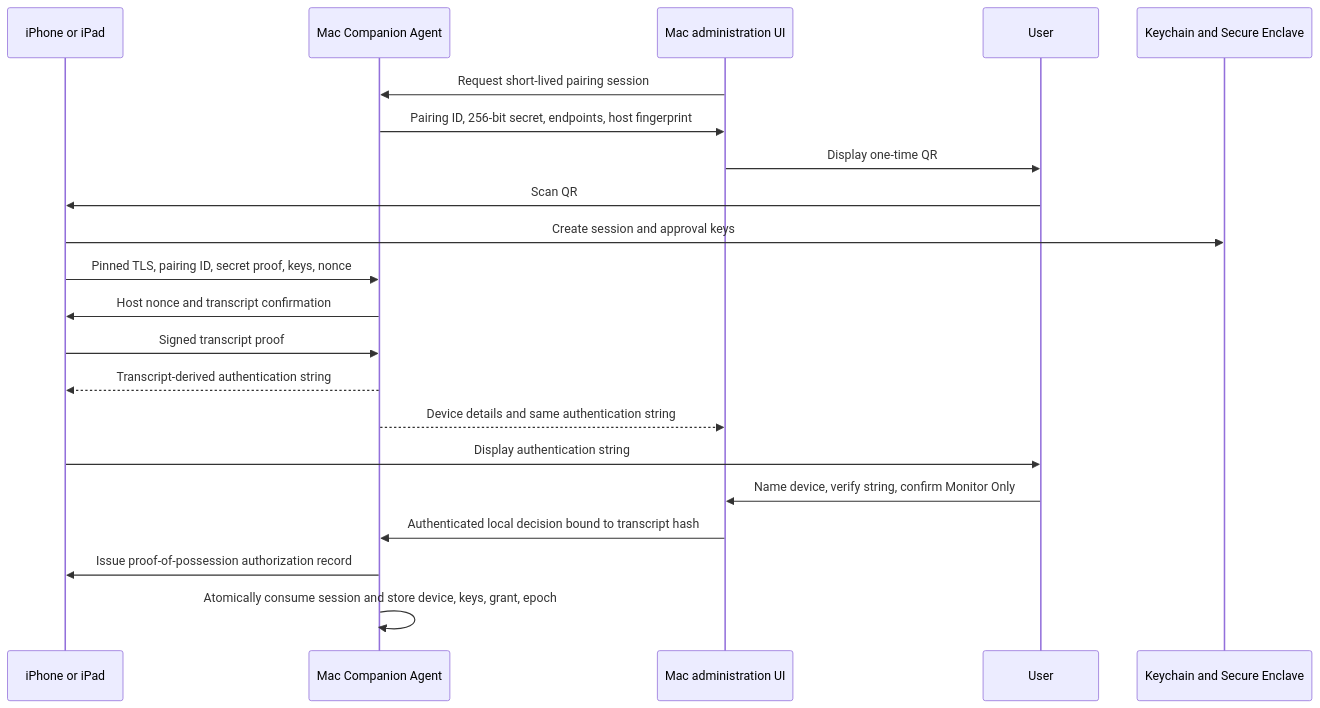
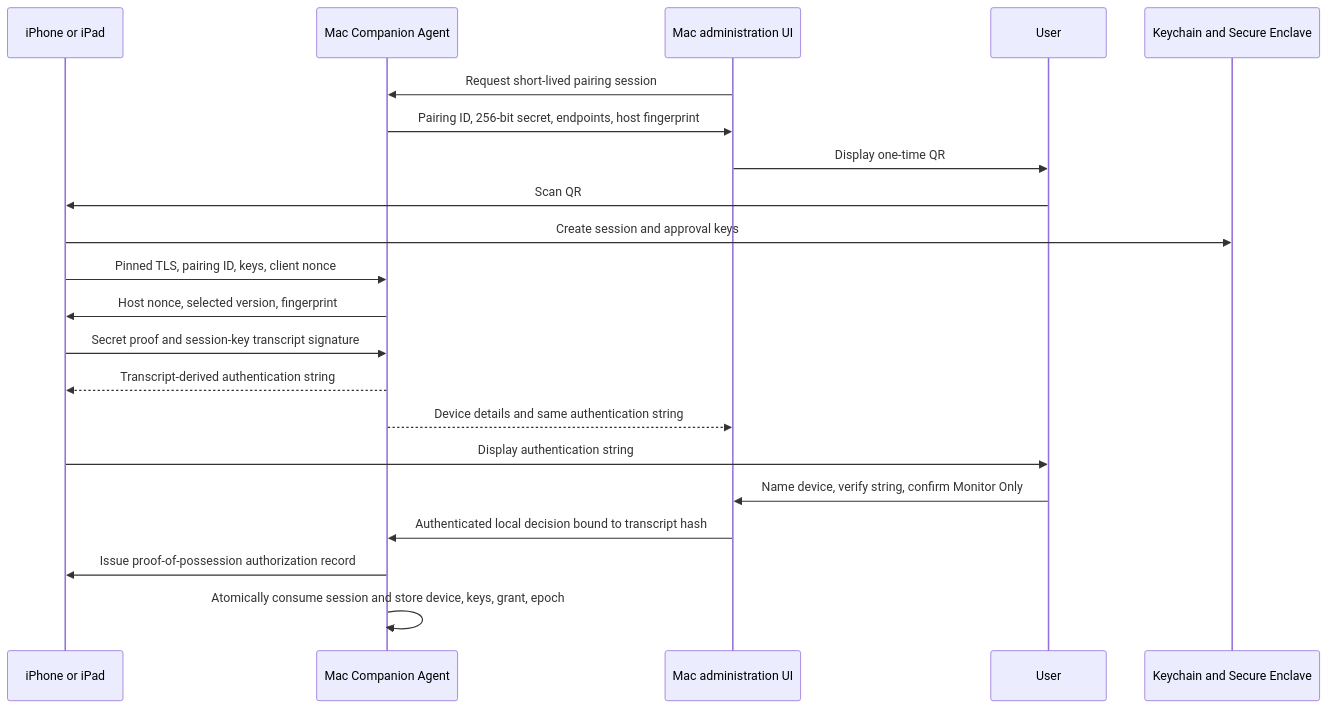
One commit to Jenny-Media/MacCompanion changed the second of 2 diagrams in docs/architecture.md. Above: the diagram before and after it, drawn with Mermaid. The commit also changed other lines of this file and 851 other files, not shown here.

````diff
--- a/docs/architecture.md
+++ b/docs/architecture.md
@@ -205,24 +262,24 @@
 ```mermaid
 sequenceDiagram
     participant I as iPhone or iPad
     participant S as Mac Companion Agent
     participant M as Mac administration UI
     participant U as User
     participant K as Keychain and Secure Enclave
 
     M->>S: Request short-lived pairing session
     S->>M: Pairing ID, 256-bit secret, endpoints, host fingerprint
     M->>U: Display one-time QR
     U->>I: Scan QR
     I->>K: Create session and approval keys
-    I->>S: Pinned TLS, pairing ID, secret proof, keys, nonce
-    S->>I: Host nonce and transcript confirmation
-    I->>S: Signed transcript proof
+    I->>S: Pinned TLS, pairing ID, keys, client nonce
+    S->>I: Host nonce, selected version, fingerprint
+    I->>S: Secret proof and session-key transcript signature
     S-->>I: Transcript-derived authentication string
     S-->>M: Device details and same authentication string
     I->>U: Display authentication string
     U->>M: Name device, verify string, confirm Monitor Only
     M->>S: Authenticated local decision bound to transcript hash
     S->>I: Issue proof-of-possession authorization record
     S->>S: Atomically consume session and store device, keys, grant, epoch
 ```
````
